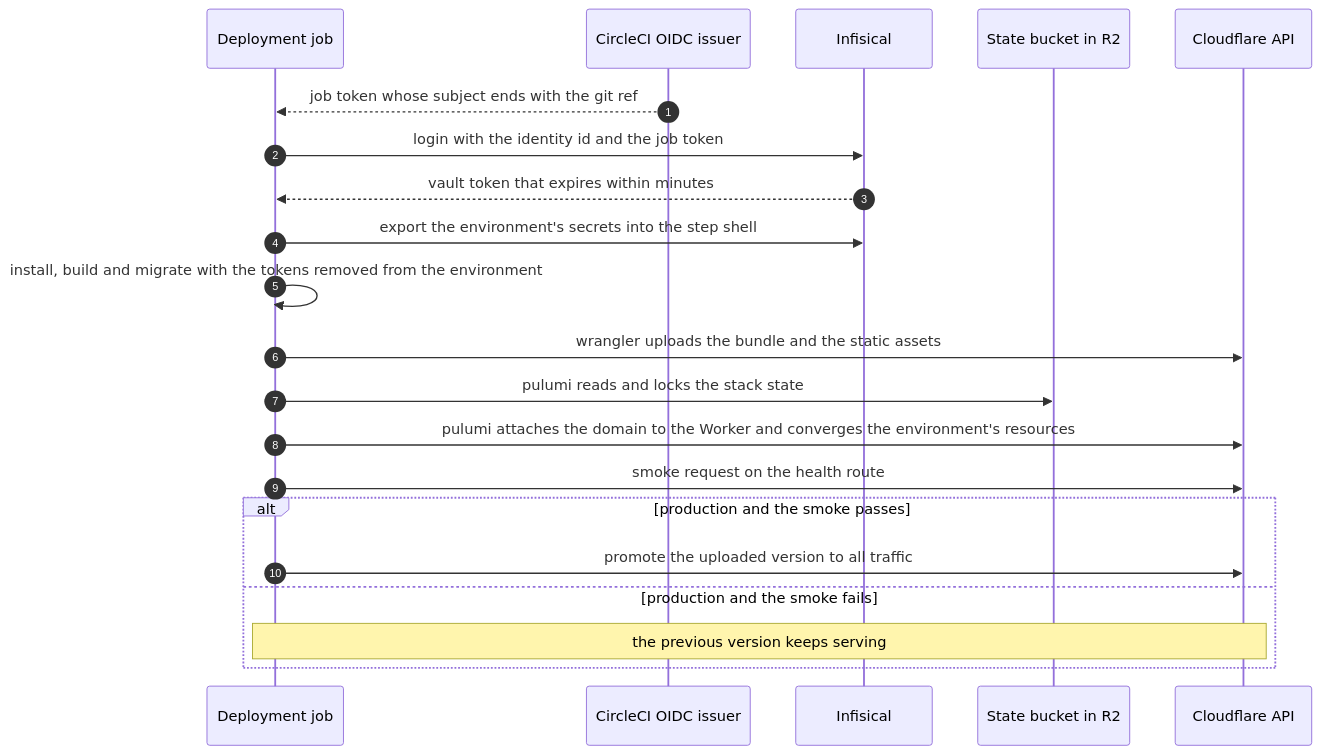
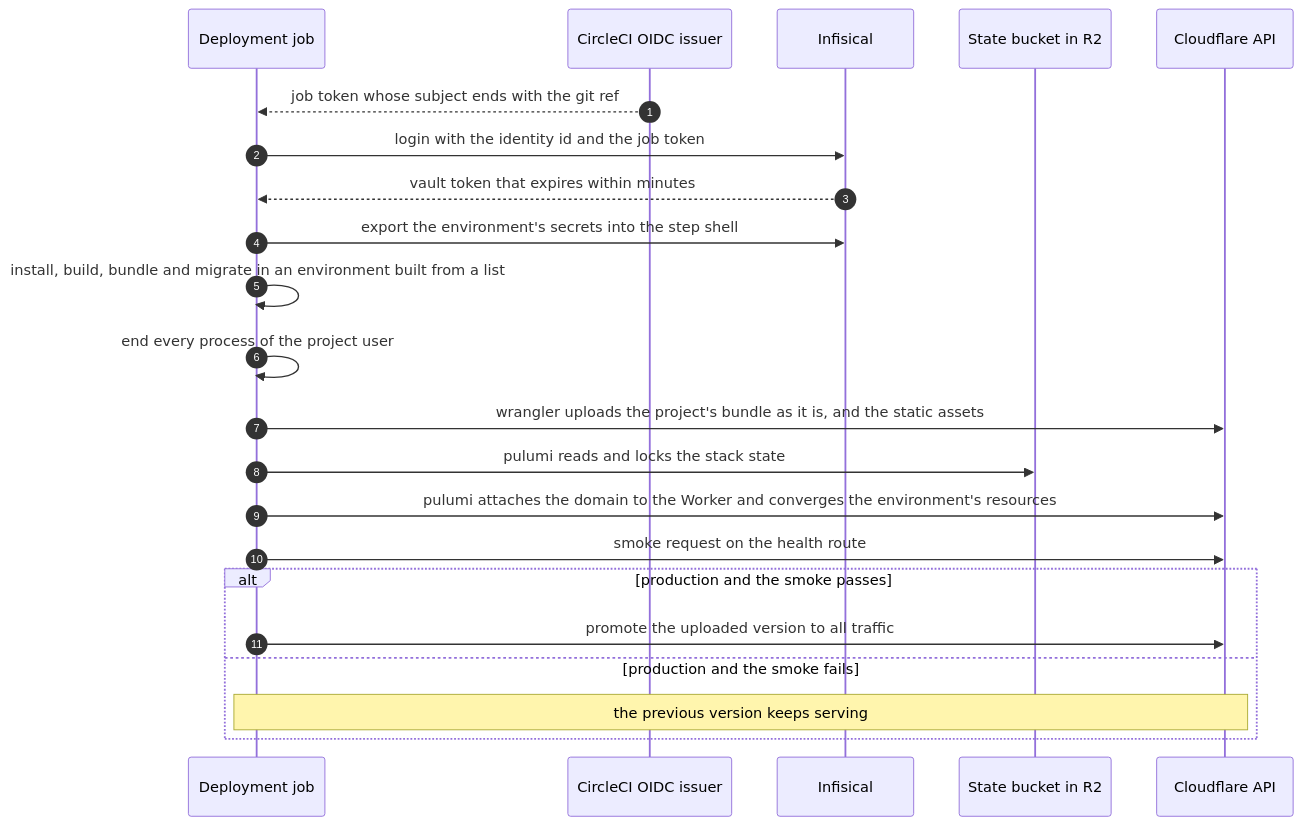
The third of 3 diagrams in docs/architecture.md (NextNodeSolutions/infrastructure), drawn with Mermaid before and after one commit. The commit also changed other lines of this file and 17 other files, not shown here.

First line of the commit message:
ci: the project runs in a listed environment, reaches only its own state and secrets, and the probe job proves it (#11)

````diff
--- a/docs/architecture.md
+++ b/docs/architecture.md
@@ -85,23 +85,24 @@
 ```mermaid
 sequenceDiagram
     autonumber
     participant J as Deployment job
     participant O as CircleCI OIDC issuer
     participant V as Infisical
     participant S as State bucket in R2
     participant F as Cloudflare API
     O-->>J: job token whose subject ends with the git ref
     J->>V: login with the identity id and the job token
     V-->>J: vault token that expires within minutes
     J->>V: export the environment's secrets into the step shell
-    J->>J: install, build and migrate with the tokens removed from the environment
-    J->>F: wrangler uploads the bundle and the static assets
+    J->>J: install, build, bundle and migrate in an environment built from a list
+    J->>J: end every process of the project user
+    J->>F: wrangler uploads the project's bundle as it is, and the static assets
     J->>S: pulumi reads and locks the stack state
     J->>F: pulumi attaches the domain to the Worker and converges the environment's resources
     J->>F: smoke request on the health route
     alt production and the smoke passes
         J->>F: promote the uploaded version to all traffic
     else production and the smoke fails
         Note over J,F: the previous version keeps serving
     end
 ```
````
